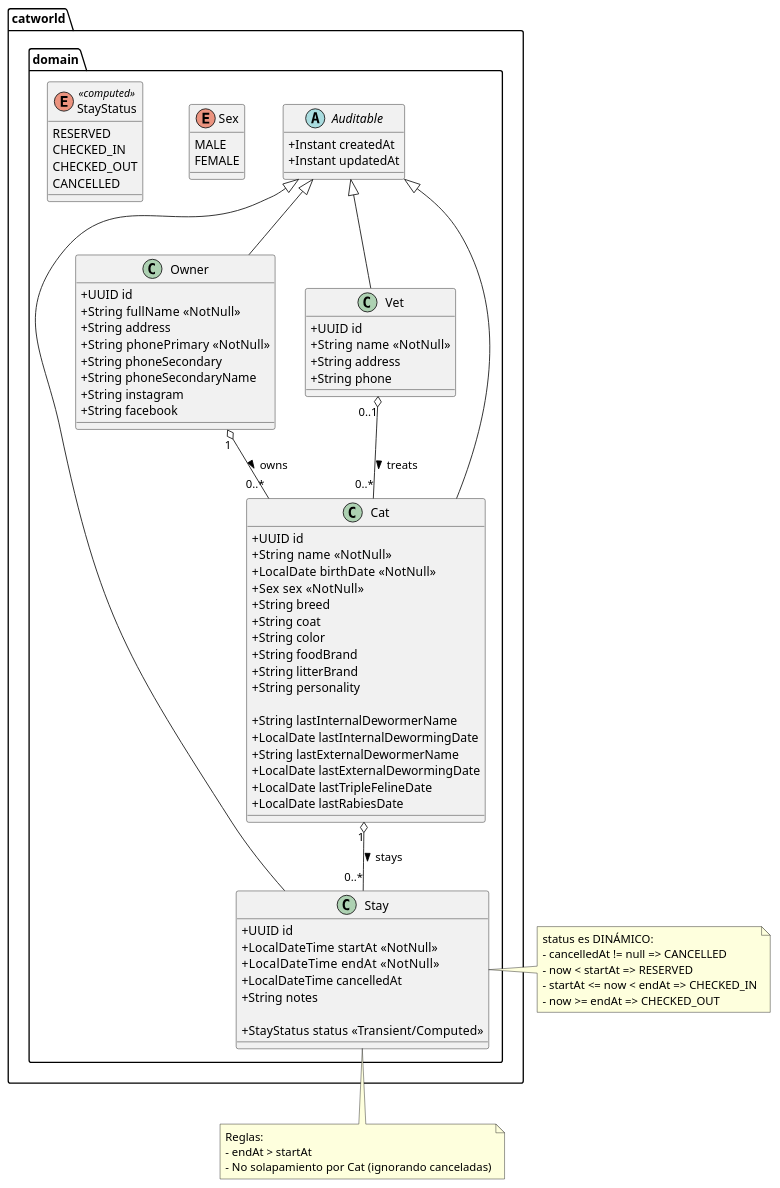
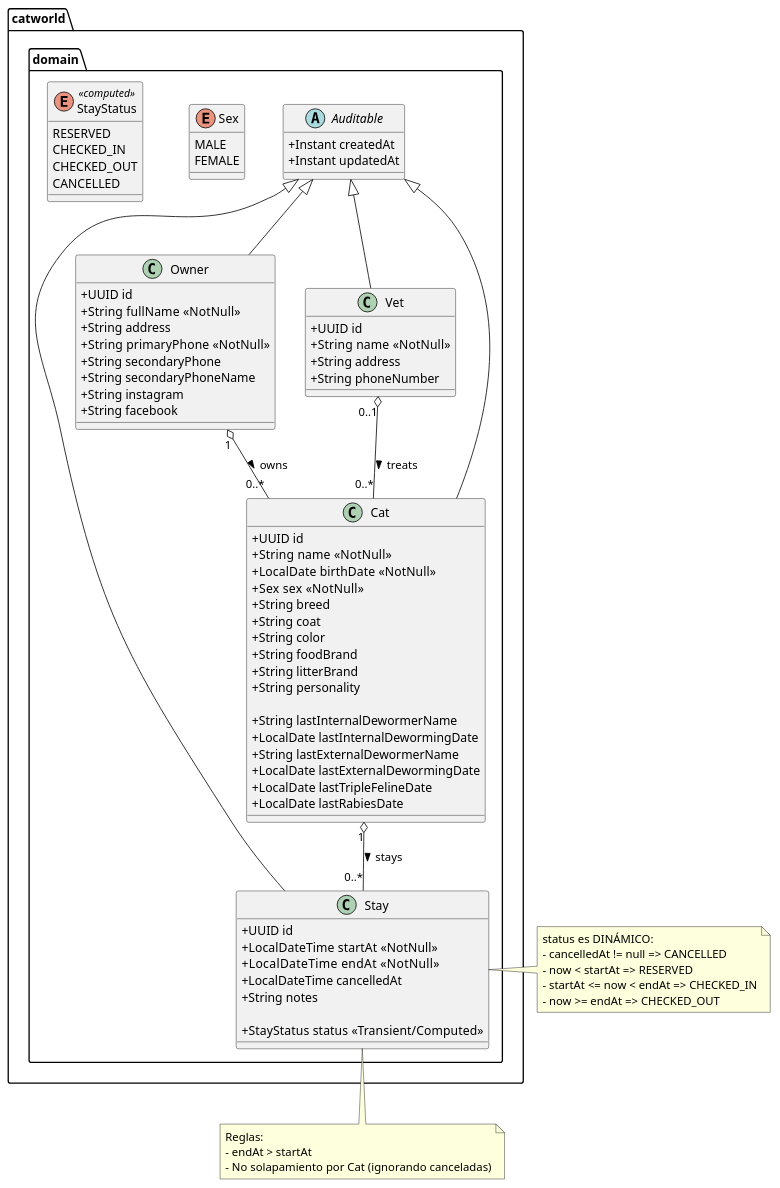
Before and after one commit to TheZenithPassage/catworld: the diagram in docs/uml/01-domain-classes.puml, drawn with PlantUML.

Commit message:
docs: align PlantUML with domain model

```diff
--- a/docs/uml/01-domain-classes.puml
+++ b/docs/uml/01-domain-classes.puml
@@ -1,90 +1,90 @@
 @startuml
 skinparam classAttributeIconSize 0
 
 package "catworld.domain" {
 
   abstract class Auditable {
     +Instant createdAt
     +Instant updatedAt
   }
 
   class Owner extends Auditable {
     +UUID id
     +String fullName  <<NotNull>>
     +String address
-    +String phonePrimary  <<NotNull>>
-    +String phoneSecondary
-    +String phoneSecondaryName
+    +String primaryPhone  <<NotNull>>
+    +String secondaryPhone
+    +String secondaryPhoneName
     +String instagram
     +String facebook
   }
 
   class Vet extends Auditable {
     +UUID id
     +String name  <<NotNull>>
     +String address
-    +String phone
+    +String phoneNumber
   }
 
   enum Sex {
     MALE
     FEMALE
   }
 
   class Cat extends Auditable {
     +UUID id
     +String name  <<NotNull>>
     +LocalDate birthDate  <<NotNull>>
     +Sex sex  <<NotNull>>
     +String breed
     +String coat
     +String color
     +String foodBrand
     +String litterBrand
     +String personality
 
     +String lastInternalDewormerName
     +LocalDate lastInternalDewormingDate
     +String lastExternalDewormerName
     +LocalDate lastExternalDewormingDate
     +LocalDate lastTripleFelineDate
     +LocalDate lastRabiesDate
   }
 
   enum StayStatus <<computed>> {
     RESERVED
     CHECKED_IN
     CHECKED_OUT
     CANCELLED
   }
 
   class Stay extends Auditable {
     +UUID id
     +LocalDateTime startAt  <<NotNull>>
     +LocalDateTime endAt    <<NotNull>>
     +LocalDateTime cancelledAt
     +String notes
 
     +StayStatus status  <<Transient/Computed>>
   }
 
   Owner "1" o-- "0..*" Cat : owns >
   Vet   "0..1" o-- "0..*" Cat : treats >
   Cat   "1" o-- "0..*" Stay : stays >
 }
 
 note right of Stay
 status es DINÁMICO:
 - cancelledAt != null => CANCELLED
 - now < startAt => RESERVED
 - startAt <= now < endAt => CHECKED_IN
 - now >= endAt => CHECKED_OUT
 end note
 
 note bottom of Stay
 Reglas:
 - endAt > startAt
 - No solapamiento por Cat (ignorando canceladas)
 end note
 
 @enduml
```
